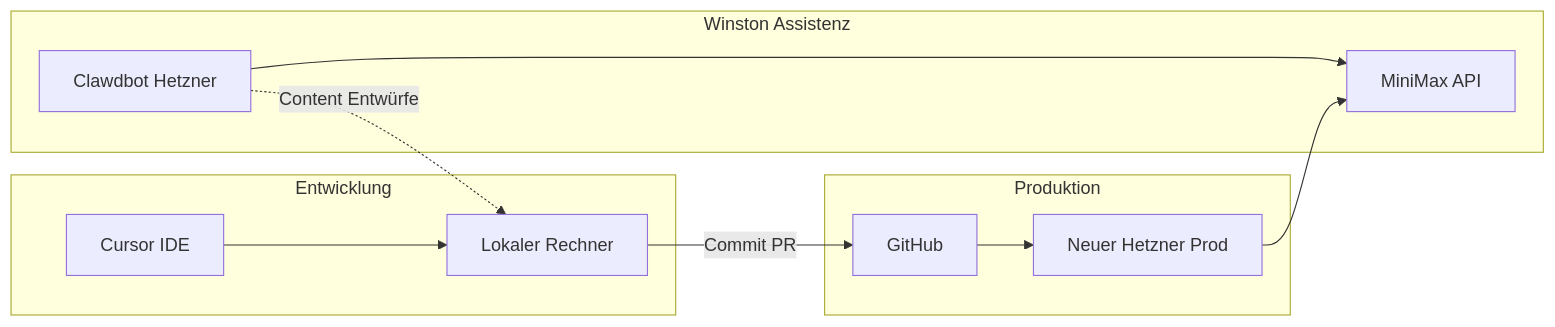
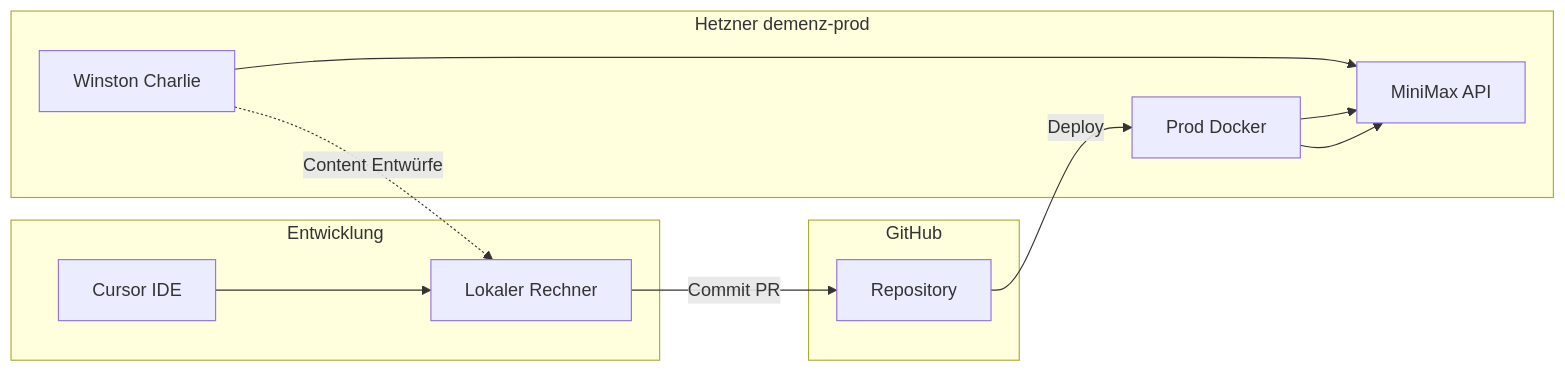
The first of 3 diagrams in docs/ARCHITECTURE.md (freshprince84/demenz-schulungen), drawn with Mermaid before and after one commit. The commit also changed other lines of this file and 32 other files, not shown here.

First line of the commit message:
fix: Daniela-Benennung entfernen, Prod-Deploy und Pilotmodule

````diff
--- a/docs/ARCHITECTURE.md
+++ b/docs/ARCHITECTURE.md
@@ -19,21 +21,22 @@
 ```mermaid
 flowchart LR
   subgraph dev [Entwicklung]
     Cursor[Cursor IDE]
     Local[Lokaler Rechner]
     Cursor --> Local
   end
-  subgraph winston [Winston Assistenz]
-    Clawdbot[Clawdbot Hetzner]
+  subgraph hetzner [Hetzner demenz-prod]
+    Clawdbot[Winston Charlie]
+    ProdServer[Prod Docker]
     MiniMax[MiniMax API]
     Clawdbot --> MiniMax
+    ProdServer --> MiniMax
   end
-  subgraph prod [Produktion]
-    GitHub[GitHub]
-    ProdServer[Neuer Hetzner Prod]
-    GitHub --> ProdServer
+  subgraph git [GitHub]
+    GitHub[Repository]
   end
   Local -->|Commit PR| GitHub
+  GitHub -->|Deploy| ProdServer
   Clawdbot -.->|Content Entwürfe| Local
   ProdServer --> MiniMax
 ```
````
